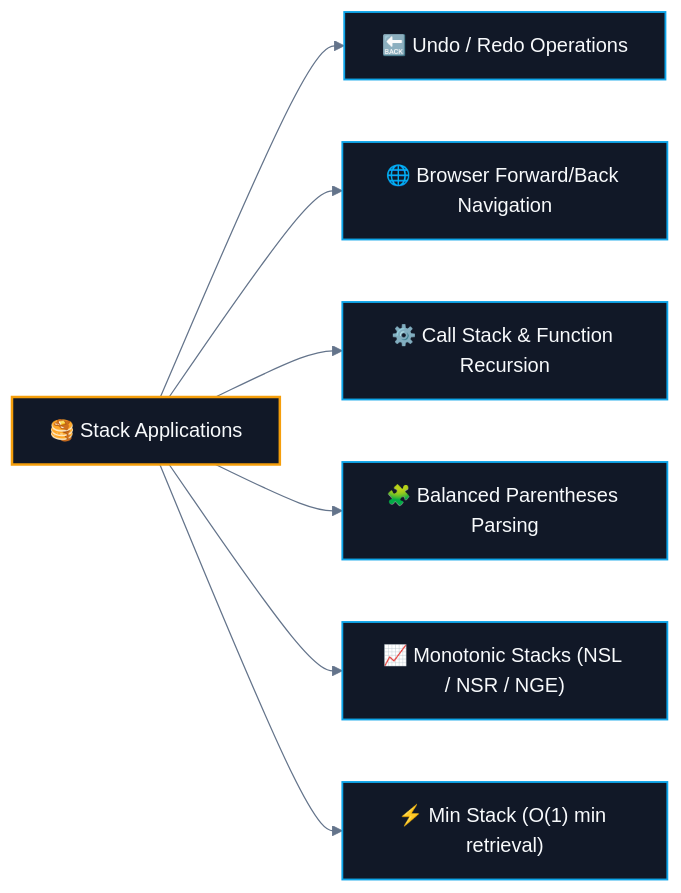
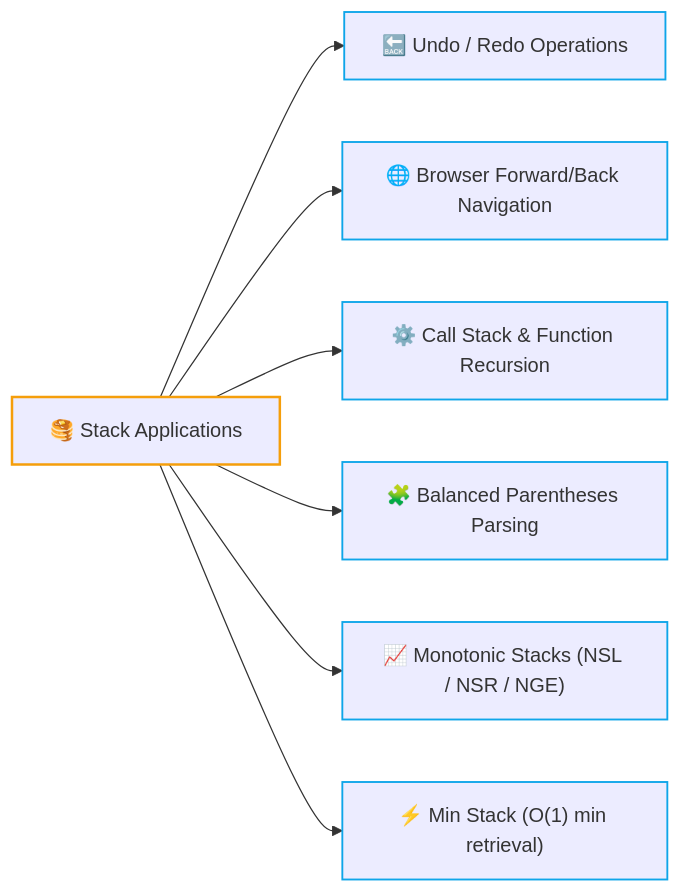
Before and after one commit to abhinavbharti2345/CS_Notes: the fourth of 5 diagrams in CS/DSA/06. Stacks & Queues/01. Stack Fundamentals.md, drawn with Mermaid. The commit also changed other lines of this file and 91 other files, not shown here.

````diff
--- a/CS/DSA/06. Stacks & Queues/01. Stack Fundamentals.md
+++ b/CS/DSA/06. Stacks & Queues/01. Stack Fundamentals.md
@@ -206,16 +203,15 @@
 ```mermaid
-%%{init: {'theme': 'base', 'themeVariables': { 'darkMode': true, 'background': '#0B0F14', 'mainBkg': '#111827', 'primaryColor': '#111827', 'primaryTextColor': '#F8FAFC', 'primaryBorderColor': '#38BDF8', 'lineColor': '#64748B', 'secondaryColor': '#0B0F14', 'tertiaryColor': '#0B0F14', 'clusterBkg': '#0B0F14', 'clusterBorder': '#38BDF8' }}}%%
 flowchart LR
     S["🥞 Stack Applications"]
     S --> A1["🔙 Undo / Redo Operations"]
     S --> A2["🌐 Browser Forward/Back Navigation"]
     S --> A3["⚙️ Call Stack & Function Recursion"]
     S --> A4["🧩 Balanced Parentheses Parsing"]
     S --> A5["📈 Monotonic Stacks (NSL / NSR / NGE)"]
     S --> A6["⚡ Min Stack (O(1) min retrieval)"]
 
-    classDef root fill:#111827,stroke:#f59e0b,stroke-width:2px,color:#F8FAFC;
-    classDef app fill:#111827,stroke:#0ea5e9,stroke-width:1.5px,color:#F8FAFC;
+    classDef root stroke:#f59e0b,stroke-width:2px;
+    classDef app stroke:#0ea5e9,stroke-width:1.5px;
     class S root;
     class A1,A2,A3,A4,A5,A6 app;
 ```
````
